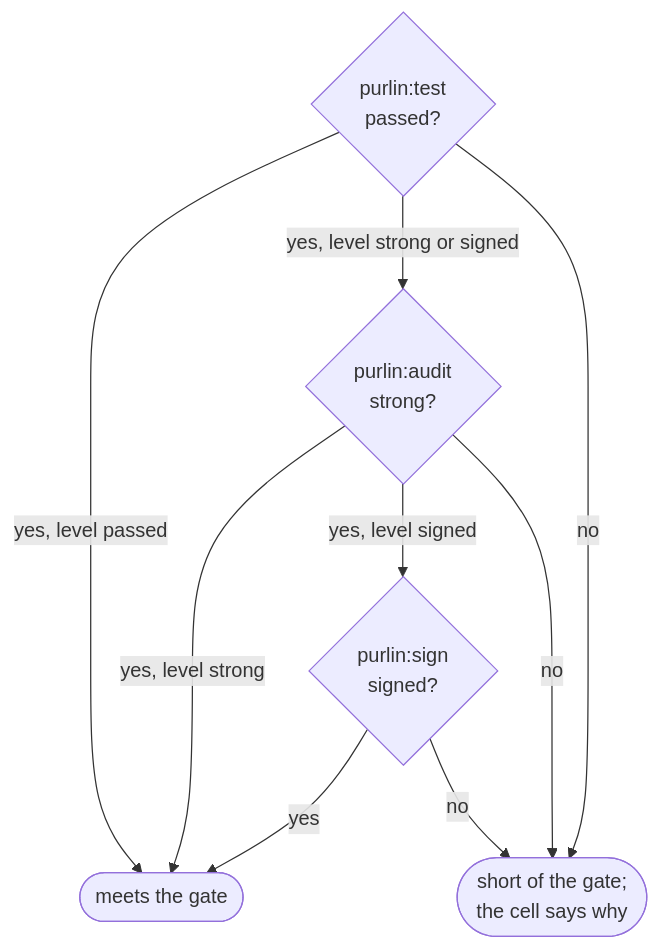
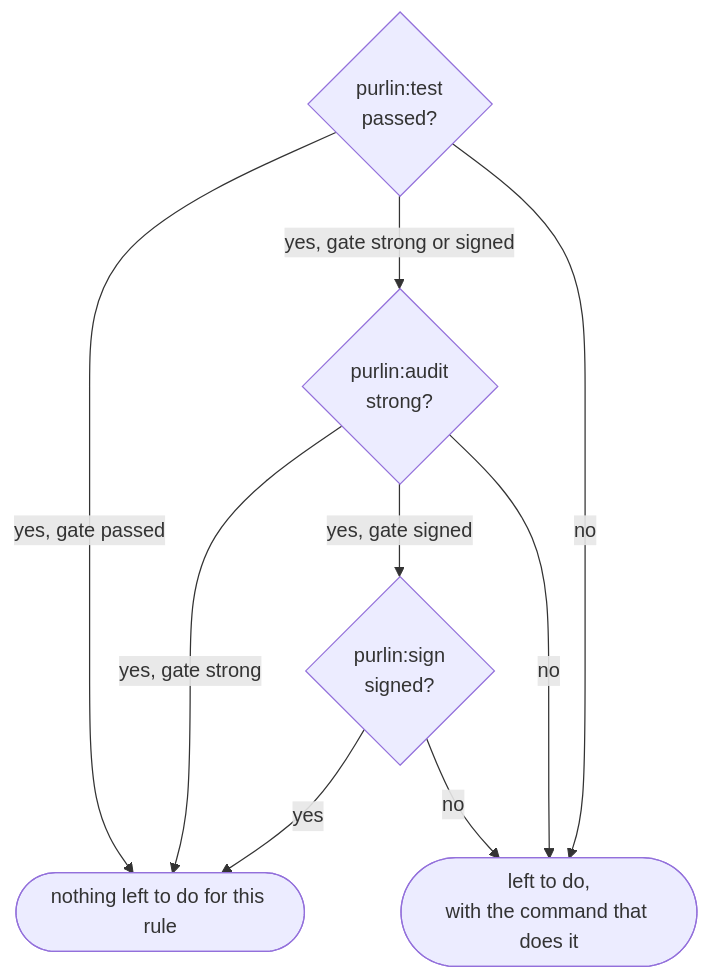
Before and after one commit to rlabarca/purlin: the diagram in docs/how-purlin-works.md, drawn with Mermaid. The commit also changed other lines of this file and 3 other files, not shown here.

````diff
--- a/docs/how-purlin-works.md
+++ b/docs/how-purlin-works.md
@@ -11,16 +11,16 @@
 ```mermaid
 flowchart TD
     T{"purlin:test<br>passed?"}
     A{"purlin:audit<br>strong?"}
     S{"purlin:sign<br>signed?"}
-    M(["meets the gate"])
-    B(["short of the gate;<br>the cell says why"])
-    T -->|"yes, level passed"| M
-    T -->|"yes, level strong or signed"| A
-    A -->|"yes, level strong"| M
-    A -->|"yes, level signed"| S
-    S -->|yes| M
-    T -->|no| B
-    A -->|no| B
-    S -->|no| B
+    D(["nothing left to do for this rule"])
+    L(["left to do,<br>with the command that does it"])
+    T -->|"yes, gate passed"| D
+    T -->|"yes, gate strong or signed"| A
+    A -->|"yes, gate strong"| D
+    A -->|"yes, gate signed"| S
+    S -->|yes| D
+    T -->|no| L
+    A -->|no| L
+    S -->|no| L
 ```
````
